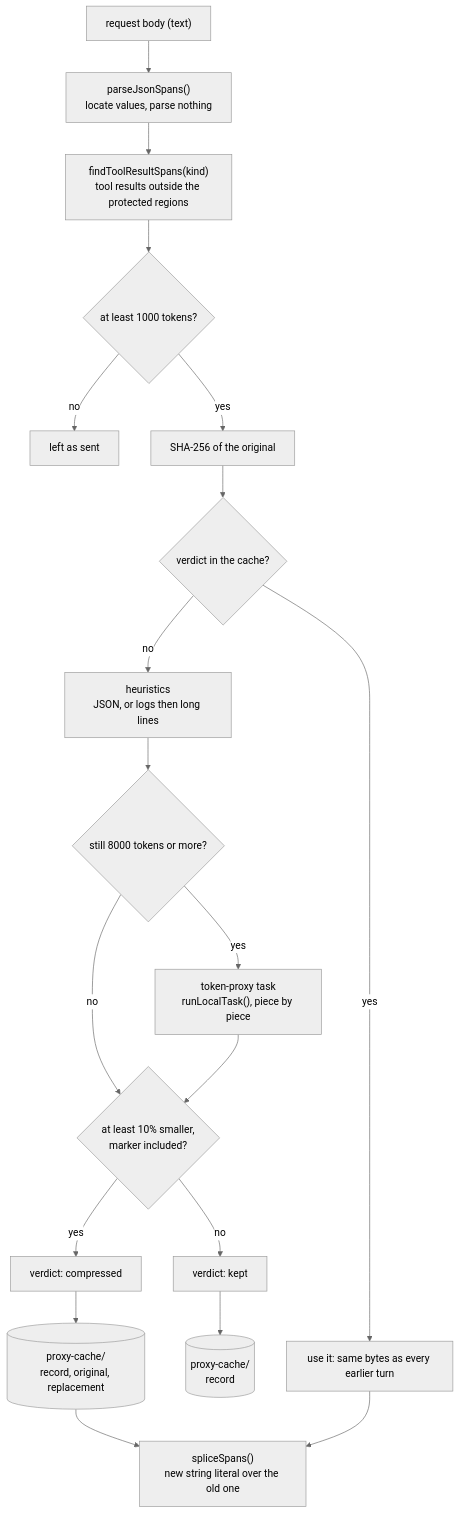
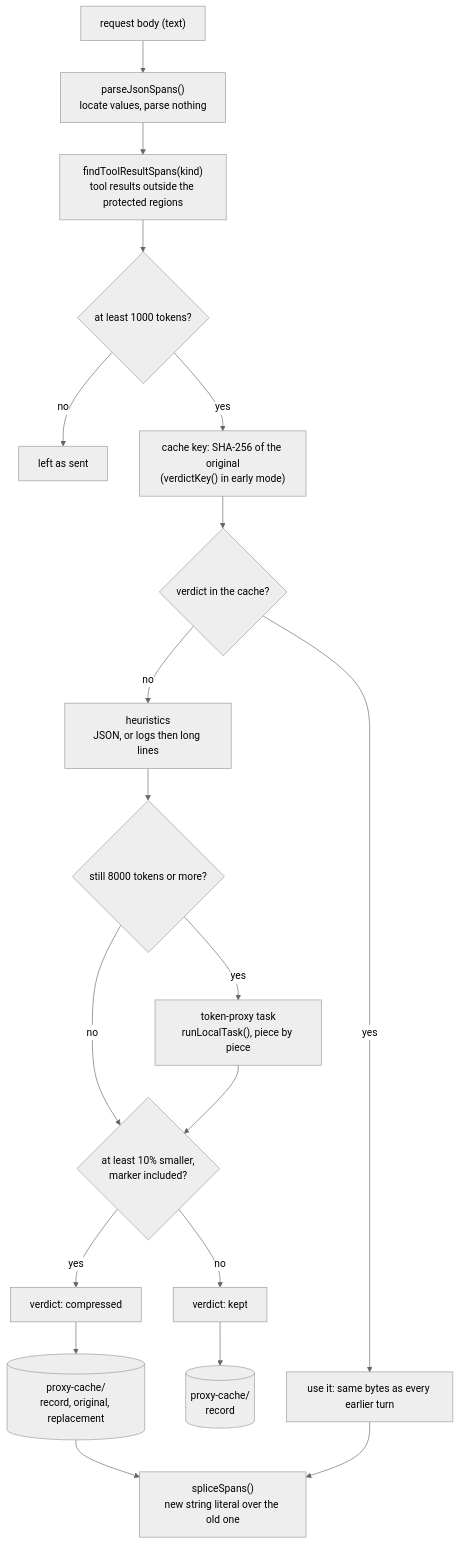
Before and after one commit to RunMaestro/Maestro: diagram 18 of 19 in docs/architecture/local-models.md, drawn with Mermaid (neutral theme). The commit also changed other lines of this file and 8 other files, not shown here.

````diff
--- a/docs/architecture/local-models.md
+++ b/docs/architecture/local-models.md
@@ -3151,21 +3154,21 @@
 ```mermaid
 flowchart TD
 	B["request body (text)"] --> S["parseJsonSpans()<br/>locate values, parse nothing"]
 	S --> F["findToolResultSpans(kind)<br/>tool results outside the protected regions"]
 	F --> T{"at least 1000 tokens?"}
 	T -->|no| KEEP["left as sent"]
-	T -->|yes| H["SHA-256 of the original"]
+	T -->|yes| H["cache key: SHA-256 of the original<br/>(verdictKey() in early mode)"]
 	H --> C{"verdict in the cache?"}
 	C -->|yes| USE["use it: same bytes as every earlier turn"]
 	C -->|no| HEUR["heuristics<br/>JSON, or logs then long lines"]
 	HEUR --> M{"still 8000 tokens or more?"}
 	M -->|yes| LM["token-proxy task<br/>runLocalTask(), piece by piece"]
 	M -->|no| D
 	LM --> D{"at least 10% smaller,<br/>marker included?"}
 	D -->|no| K["verdict: kept"]
 	D -->|yes| Z["verdict: compressed"]
 	K --> W[("proxy-cache/<br/>record")]
 	Z --> W2[("proxy-cache/<br/>record, original, replacement")]
 	W2 --> SP["spliceSpans()<br/>new string literal over the old one"]
 	USE --> SP
 ```
````
